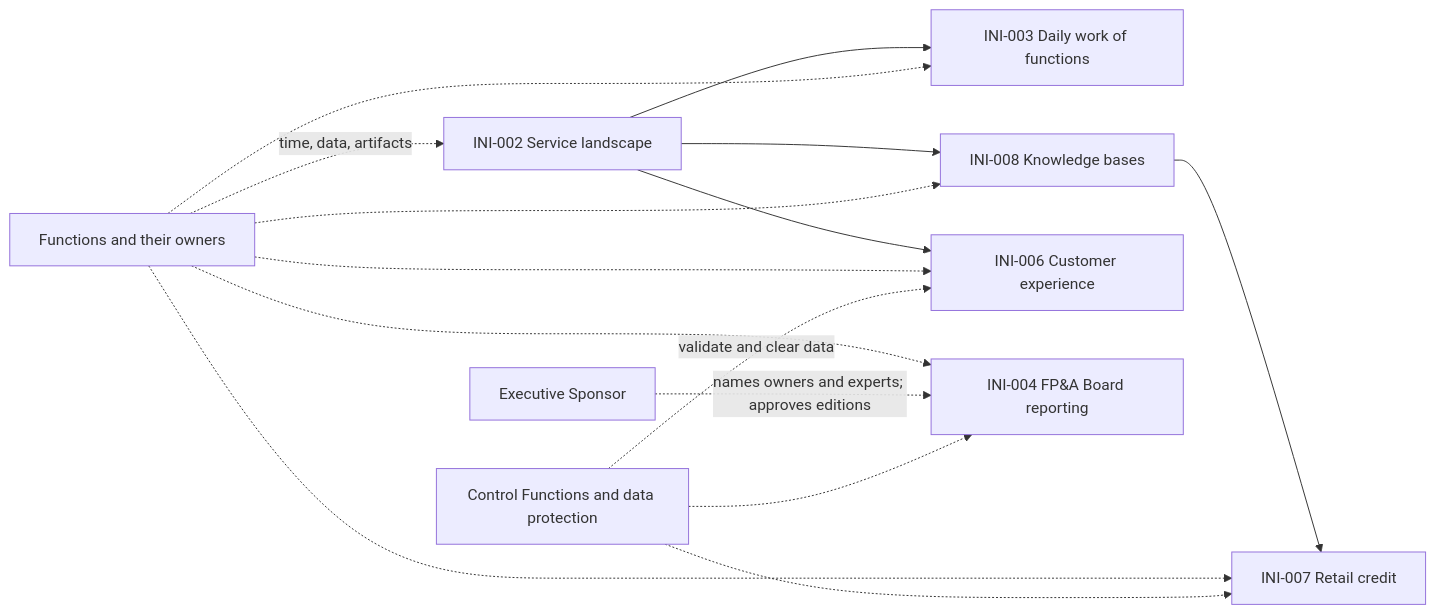
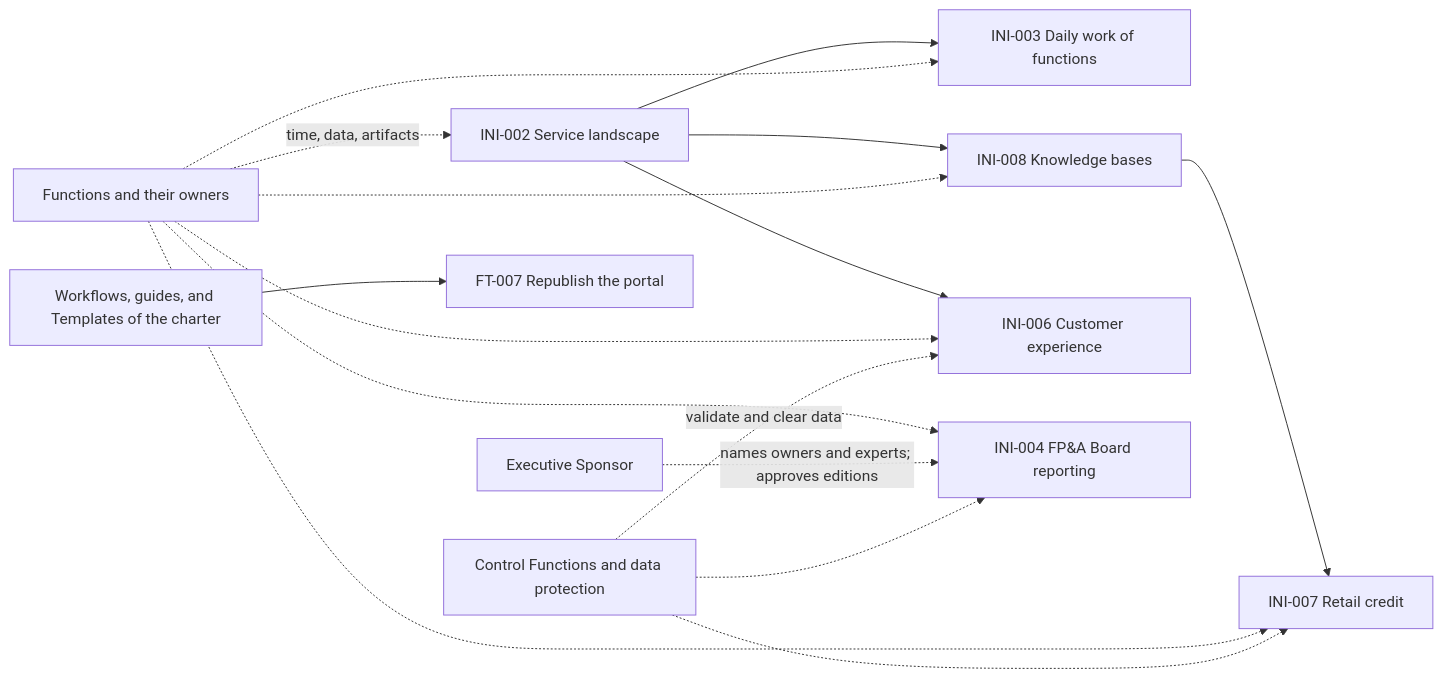
Before and after one commit to devhogu/ob-aicc: the diagram in registry/dependencies.md, drawn with Mermaid. The commit also changed other lines of this file and 75 other files, not shown here.

Commit message:
Life-cycle flows, measures, end-to-end evaluation, two-level acceptance, and the yearly Steering in December (DR-2026-050 to DR-2026-057)

````diff
--- a/registry/dependencies.md
+++ b/registry/dependencies.md
@@ -41,17 +79,18 @@
 ```mermaid
 flowchart LR
   INI002[INI-002 Service landscape] --> INI003[INI-003 Daily work of functions]
   INI002 --> INI008[INI-008 Knowledge bases]
   INI002 --> INI006[INI-006 Customer experience]
   INI008 --> INI007[INI-007 Retail credit]
   FN[Functions and their owners] -.time, data, artifacts.-> INI002
   FN -.-> INI003
   FN -.-> INI004[INI-004 FP&A Board reporting]
   FN -.-> INI006
   FN -.-> INI007
   FN -.-> INI008
   ES[Executive Sponsor] -.names owners and experts; approves editions.-> INI004
   CF[Control Functions and data protection] -.validate and clear data.-> INI006
   CF -.-> INI007
   CF -.-> INI004
+  CH[Workflows, guides, and Templates of the charter] --> FT007[FT-007 Republish the portal]
 ```
````
